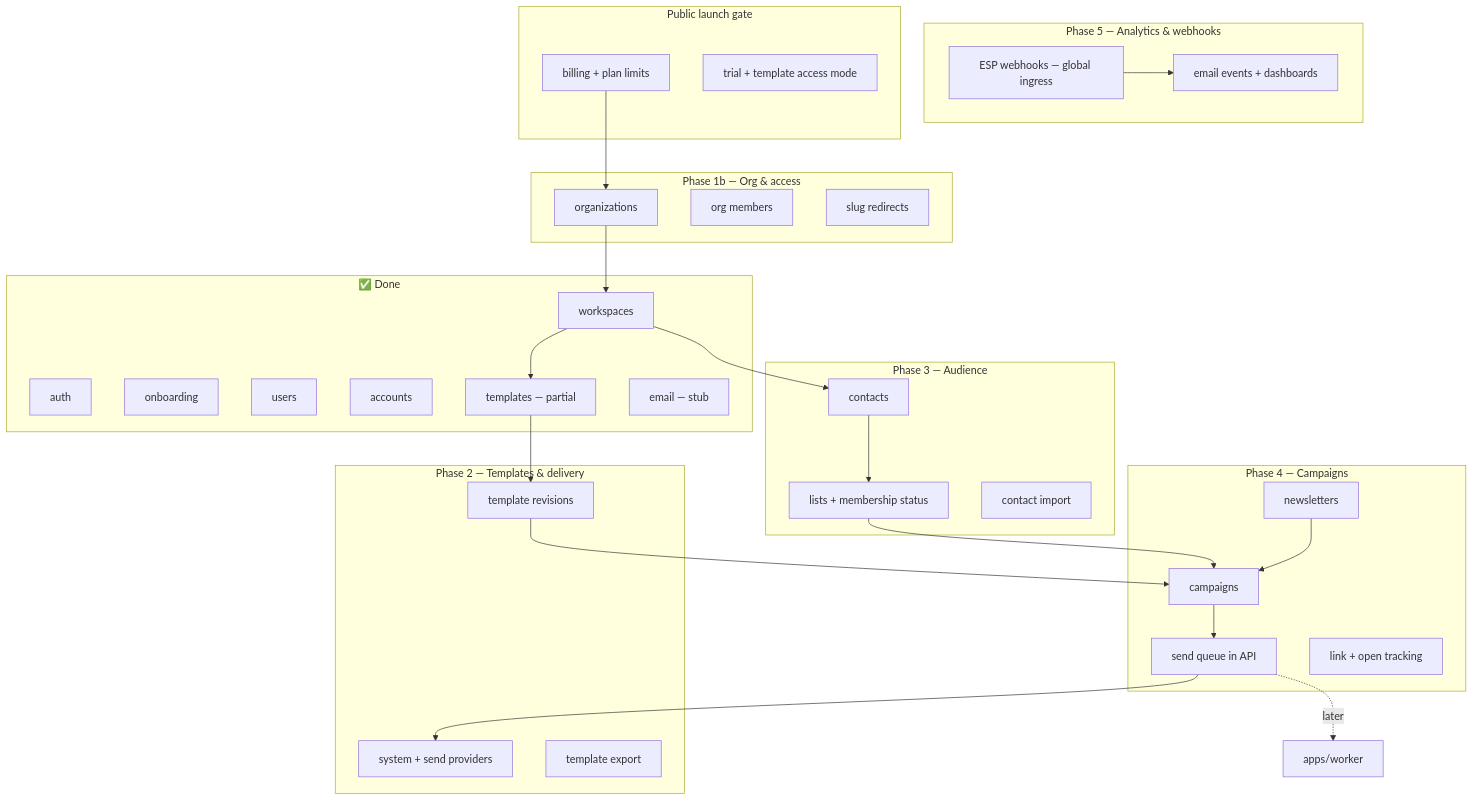
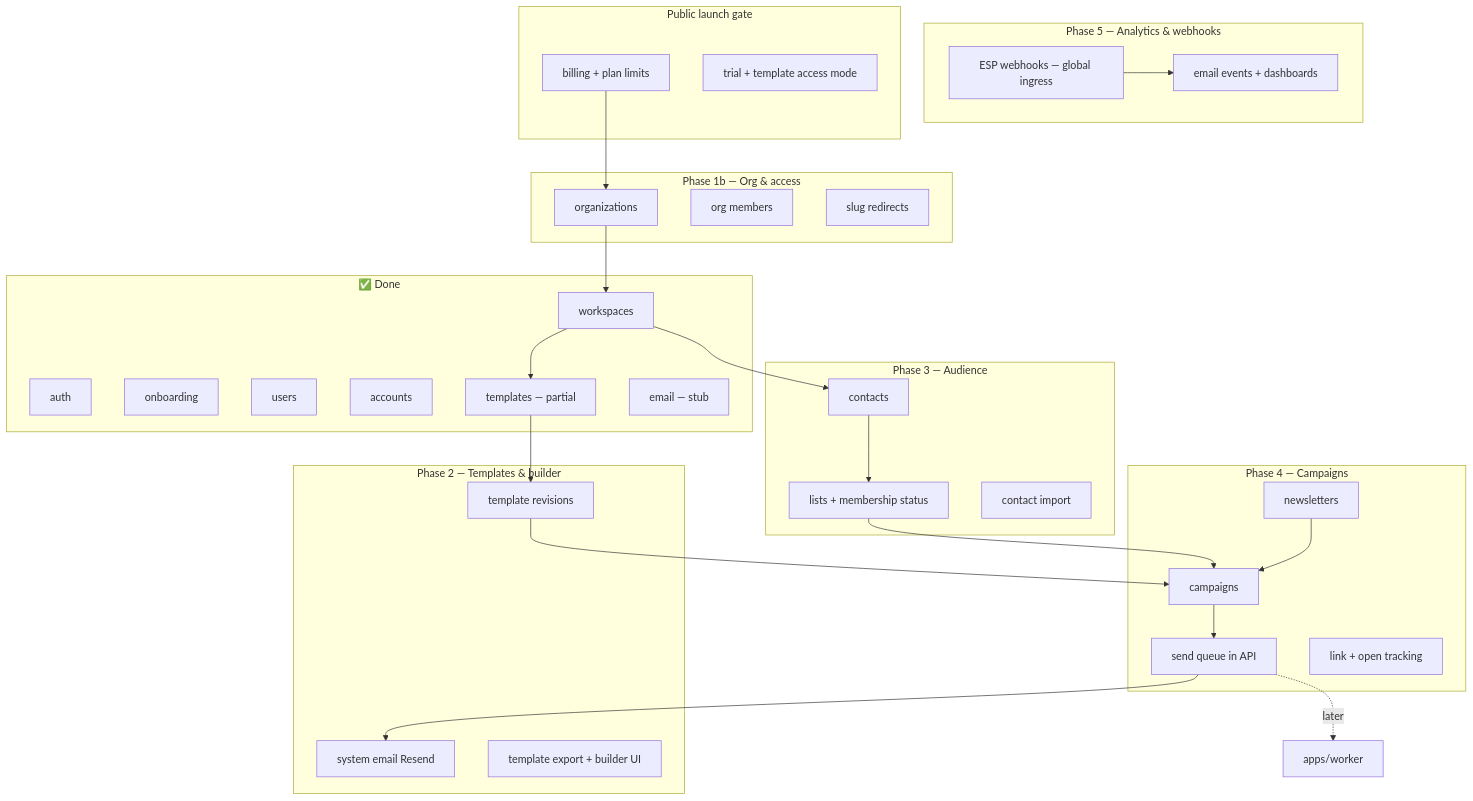
Before and after one commit to bohdanchornopolskyi/impact-inbox: the ninth of 10 diagrams in docs/architecture-roadmap.md, drawn with Mermaid. The commit also changed other lines of this file and 6 other files, not shown here.

First line of the commit message:
feat(docs): update architecture roadmap and context for Phase 2 templates

````diff
--- a/docs/architecture-roadmap.md
+++ b/docs/architecture-roadmap.md
@@ -422,56 +422,56 @@
 ```mermaid
 flowchart TB
   subgraph done["✅ Done"]
     AUTH[auth]
     ONB[onboarding]
     USR[users]
     ACC[accounts]
     WS[workspaces]
     TPL[templates — partial]
     EMAIL_STUB[email — stub]
   end
 
   subgraph phase1b["Phase 1b — Org & access"]
     ORG[organizations]
     ORG_MEM[org members]
     SLUG_R[slug redirects]
   end
 
-  subgraph phase2["Phase 2 — Templates & delivery"]
+  subgraph phase2["Phase 2 — Templates & builder"]
     TPL_REV[template revisions]
-    EMAIL[system + send providers]
-    EXPORT[template export]
+    EMAIL[system email Resend]
+    EXPORT[template export + builder UI]
   end
 
   subgraph phase3["Phase 3 — Audience"]
     CON[contacts]
     LST[lists + membership status]
     IMP[contact import]
   end
 
   subgraph phase4["Phase 4 — Campaigns"]
     NL[newsletters]
     CMP[campaigns]
     QUEUE[send queue in API]
     TRACK[link + open tracking]
   end
 
   subgraph phase5["Phase 5 — Analytics & webhooks"]
     WH[ESP webhooks — global ingress]
     EVT[email events + dashboards]
   end
 
   subgraph launch["Public launch gate"]
     BILL[billing + plan limits]
     TRIAL[trial + template access mode]
   end
 
   ORG --> WS
   WS --> TPL --> TPL_REV --> CMP
   WS --> CON --> LST --> CMP
   NL --> CMP
   CMP --> QUEUE --> EMAIL
   WH --> EVT
   BILL --> ORG
   QUEUE -.->|"later"| WORKER[apps/worker]
 ```
````
